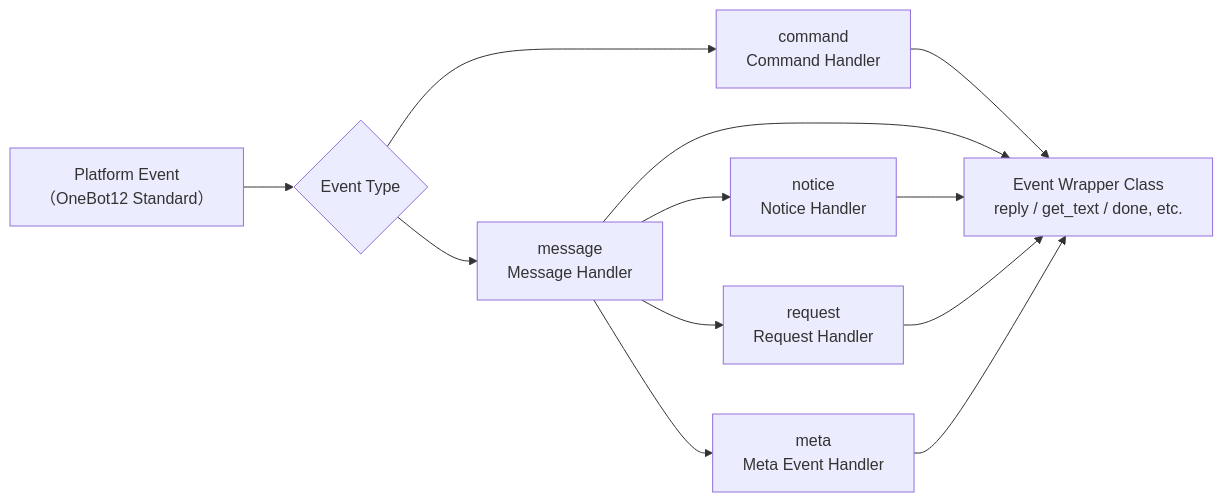
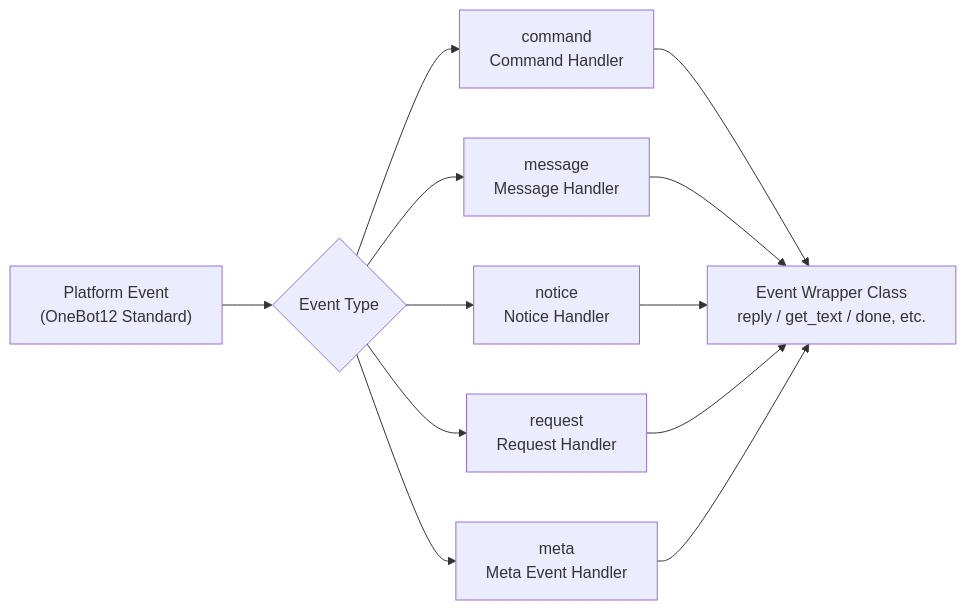
Before and after one commit to ErisPulse/ErisPulse: the diagram in docs/en/api-reference/event-system.md, drawn with Mermaid. The commit also changed other lines of this file and 23 other files, not shown here.

````diff
--- a/docs/en/api-reference/event-system.md
+++ b/docs/en/api-reference/event-system.md
@@ -7,10 +7,10 @@
 ```mermaid
 flowchart LR
-    A["Platform Event<br/>（OneBot12 Standard）"] --> B{"Event Type"}
+    A["Platform Event<br/> (OneBot12 Standard)"] --> B{"Event Type"}
     B --> C["command<br/>Command Handler"]
     B --> D["message<br/>Message Handler"]
-    D --> E["notice<br/>Notice Handler"]
-    D --> F["request<br/>Request Handler"]
-    D --> G["meta<br/>Meta Event Handler"]
+    B --> E["notice<br/>Notice Handler"]
+    B --> F["request<br/>Request Handler"]
+    B --> G["meta<br/>Meta Event Handler"]
     C & D & E & F & G --> H["Event Wrapper Class<br/>reply / get_text / done, etc."]
 ```
````
